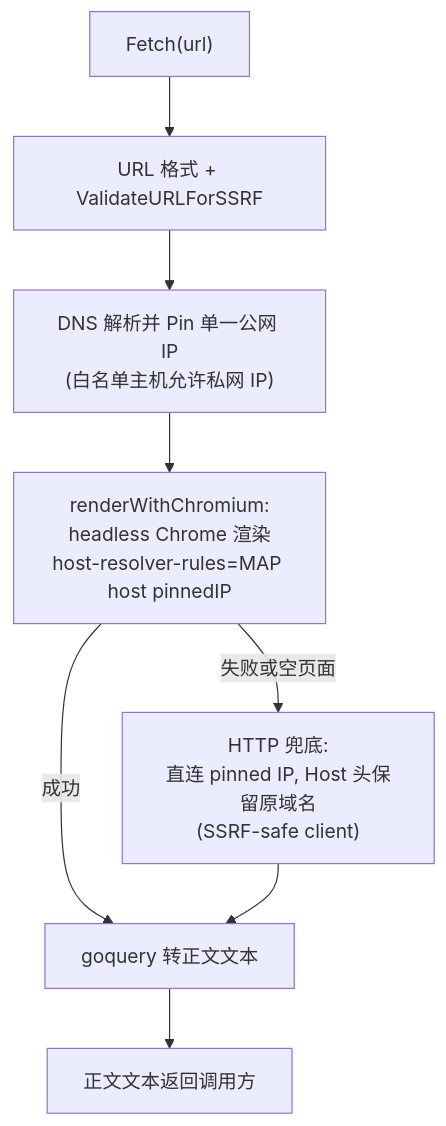
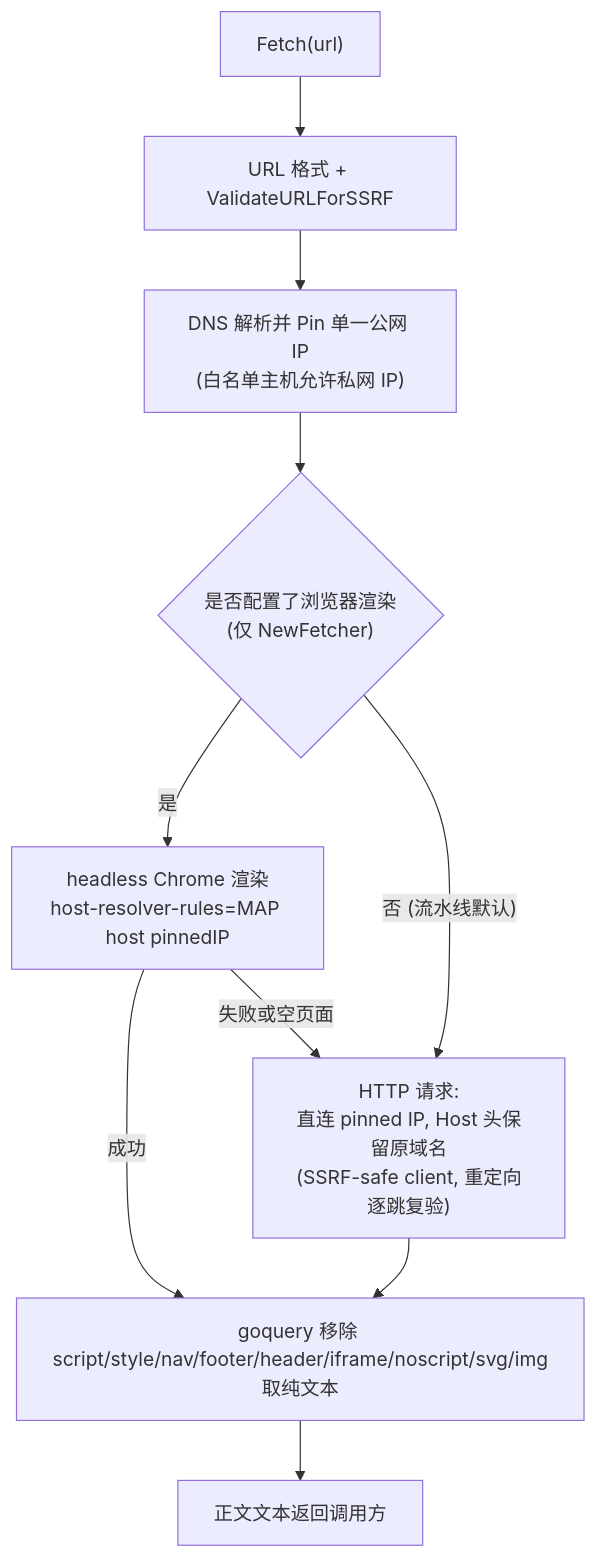
Before and after one commit to magicyuan876/Yuheng: the second of 2 diagrams in website-docs/03-features/11-web-search.md, drawn with Mermaid. The commit also changed other lines of this file and 18 other files, not shown here.

````diff
--- a/website-docs/03-features/11-web-search.md
+++ b/website-docs/03-features/11-web-search.md
@@ -126,10 +139,12 @@
 ```mermaid
 flowchart TD
     A["Fetch(url)"] --> B["URL 格式 + ValidateURLForSSRF"]
     B --> C["DNS 解析并 Pin 单一公网 IP<br/>(白名单主机允许私网 IP)"]
-    C --> D["renderWithChromium:<br/>headless Chrome 渲染<br/>host-resolver-rules=MAP host pinnedIP"]
-    D -->|"失败或空页面"| E["HTTP 兜底:<br/>直连 pinned IP, Host 头保留原域名<br/>(SSRF-safe client)"]
-    D -->|"成功"| F["goquery 转正文文本"]
-    E --> F
+    C --> D{"是否配置了浏览器渲染<br/>(仅 NewFetcher)"}
+    D -->|"是"| R["headless Chrome 渲染<br/>host-resolver-rules=MAP host pinnedIP"]
+    R -->|"失败或空页面"| E
+    R -->|"成功"| F
+    D -->|"否 (流水线默认)"| E["HTTP 请求:<br/>直连 pinned IP, Host 头保留原域名<br/>(SSRF-safe client, 重定向逐跳复验)"]
+    E --> F["goquery 移除 script/style/nav/footer/header/iframe/noscript/svg/img<br/>取纯文本"]
     F --> G["正文文本返回调用方"]
 ```
````
